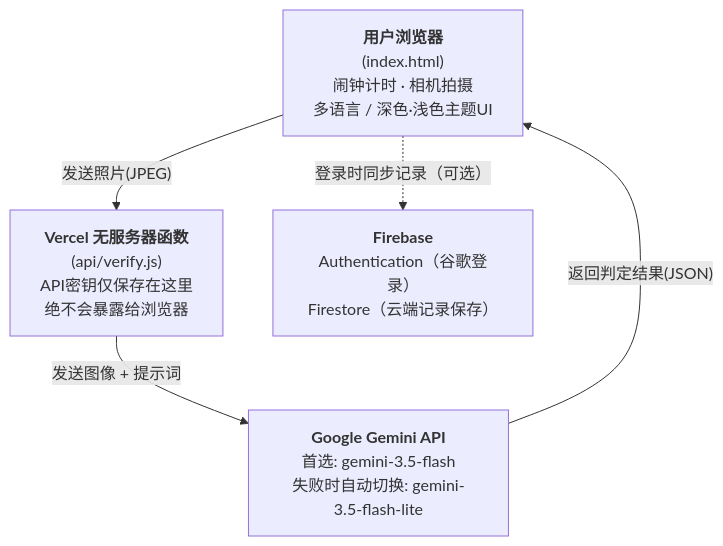
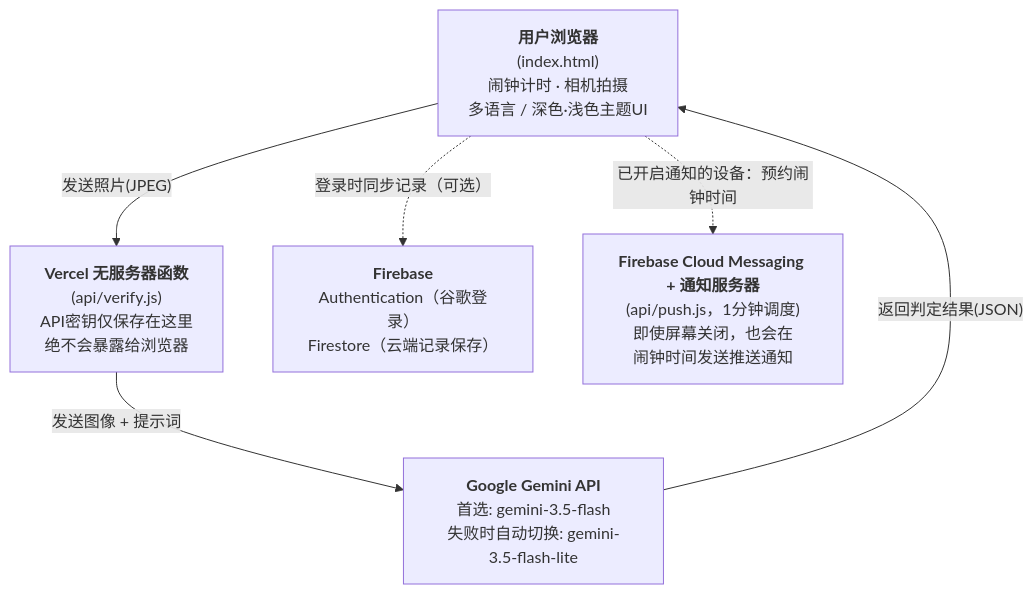
Before and after one commit to ljh30581712-beep/drink-water: the diagram in README.zh.md, drawn with Mermaid. The commit also changed other lines of this file and 3 other files, not shown here.

````diff
--- a/README.zh.md
+++ b/README.zh.md
@@ -62,12 +62,14 @@
 ```mermaid
 graph TD
     A["<b>用户浏览器</b><br/>(index.html)<br/>闹钟计时 · 相机拍摄<br/>多语言 / 深色·浅色主题UI"]
     B["<b>Vercel 无服务器函数</b><br/>(api/verify.js)<br/>API密钥仅保存在这里<br/>绝不会暴露给浏览器"]
     C["<b>Google Gemini API</b><br/>首选: gemini-3.5-flash<br/>失败时自动切换: gemini-3.5-flash-lite"]
     D["<b>Firebase</b><br/>Authentication（谷歌登录）<br/>Firestore（云端记录保存）"]
 
     A -->|"发送照片(JPEG)"| B
     B -->|"发送图像 + 提示词"| C
     C -->|"返回判定结果(JSON)"| A
     A -.->|"登录时同步记录（可选）"| D
+    E["<b>Firebase Cloud Messaging + 通知服务器</b><br/>(api/push.js，1分钟调度)<br/>即使屏幕关闭，也会在<br/>闹钟时间发送推送通知"]
+    A -.->|"已开启通知的设备：预约闹钟时间"| E
 ```
````
